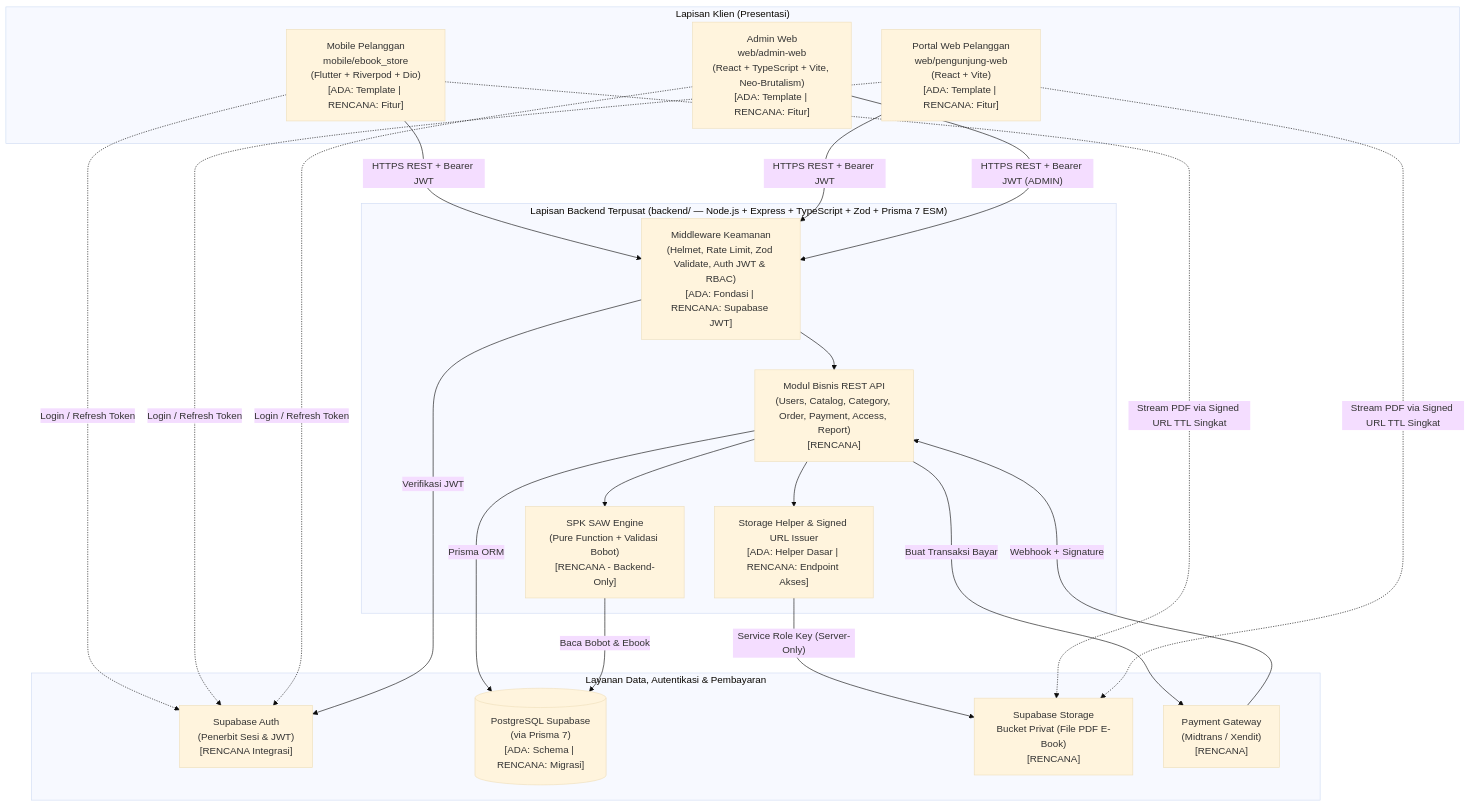
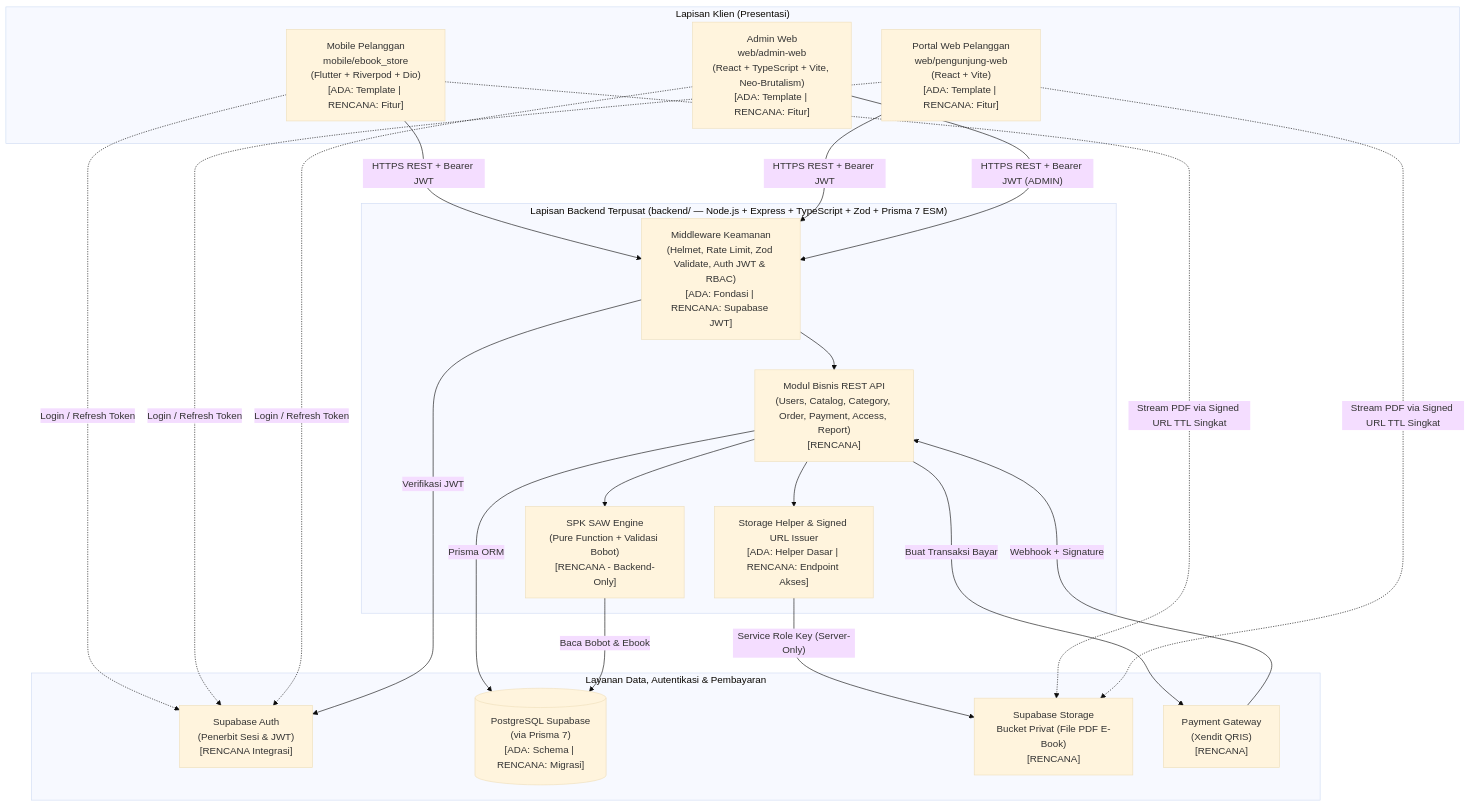
One commit to Faiq-DataSci/ebook-ecommerce changed the diagram in docs/01-design/component-diagram.md. Above: the diagram before and after it, drawn with Mermaid (base theme). The commit also changed 25 other files, not shown here.

````diff
--- a/docs/01-design/component-diagram.md
+++ b/docs/01-design/component-diagram.md
@@ -15,44 +15,44 @@
 ```mermaid
 flowchart TB
     subgraph Clients["Lapisan Klien (Presentasi)"]
         MOB["Mobile Pelanggan<br/>mobile/ebook_store<br/>(Flutter + Riverpod + Dio)<br/>[ADA: Template | RENCANA: Fitur]"]
         PWEB["Portal Web Pelanggan<br/>web/pengunjung-web<br/>(React + Vite)<br/>[ADA: Template | RENCANA: Fitur]"]
         AWEB["Admin Web<br/>web/admin-web<br/>(React + TypeScript + Vite, Neo-Brutalism)<br/>[ADA: Template | RENCANA: Fitur]"]
     end
 
     subgraph Backend["Lapisan Backend Terpusat (backend/ — Node.js + Express + TypeScript + Zod + Prisma 7 ESM)"]
         MW["Middleware Keamanan<br/>(Helmet, Rate Limit, Zod Validate, Auth JWT & RBAC)<br/>[ADA: Fondasi | RENCANA: Supabase JWT]"]
         API_BUS["Modul Bisnis REST API<br/>(Users, Catalog, Category, Order, Payment, Access, Report)<br/>[RENCANA]"]
         SAW_ENG["SPK SAW Engine<br/>(Pure Function + Validasi Bobot)<br/>[RENCANA - Backend-Only]"]
         STOR_H["Storage Helper & Signed URL Issuer<br/>[ADA: Helper Dasar | RENCANA: Endpoint Akses]"]
     end
 
     subgraph External["Layanan Data, Autentikasi & Pembayaran"]
         SAUTH["Supabase Auth<br/>(Penerbit Sesi & JWT)<br/>[RENCANA Integrasi]"]
         PGDB[("PostgreSQL Supabase<br/>(via Prisma 7)<br/>[ADA: Schema | RENCANA: Migrasi]")]
         SSTOR["Supabase Storage<br/>Bucket Privat (File PDF E-Book)<br/>[RENCANA]"]
-        PAYGW["Payment Gateway<br/>(Midtrans / Xendit)<br/>[RENCANA]"]
+        PAYGW["Payment Gateway<br/>(Xendit QRIS)<br/>[RENCANA]"]
     end
 
     MOB -->|"HTTPS REST + Bearer JWT"| MW
     PWEB -->|"HTTPS REST + Bearer JWT"| MW
     AWEB -->|"HTTPS REST + Bearer JWT (ADMIN)"| MW
 
     MOB -.->|"Login / Refresh Token"| SAUTH
     PWEB -.->|"Login / Refresh Token"| SAUTH
     AWEB -.->|"Login / Refresh Token"| SAUTH
 
     MW --> API_BUS
     API_BUS --> SAW_ENG
     API_BUS --> STOR_H
 
     MW -->|"Verifikasi JWT"| SAUTH
     API_BUS -->|"Prisma ORM"| PGDB
     SAW_ENG -->|"Baca Bobot & Ebook"| PGDB
     STOR_H -->|"Service Role Key (Server-Only)"| SSTOR
     API_BUS -->|"Buat Transaksi Bayar"| PAYGW
     PAYGW -->|"Webhook + Signature"| API_BUS
 
     MOB -.->|"Stream PDF via Signed URL TTL Singkat"| SSTOR
     PWEB -.->|"Stream PDF via Signed URL TTL Singkat"| SSTOR
 ```
````
